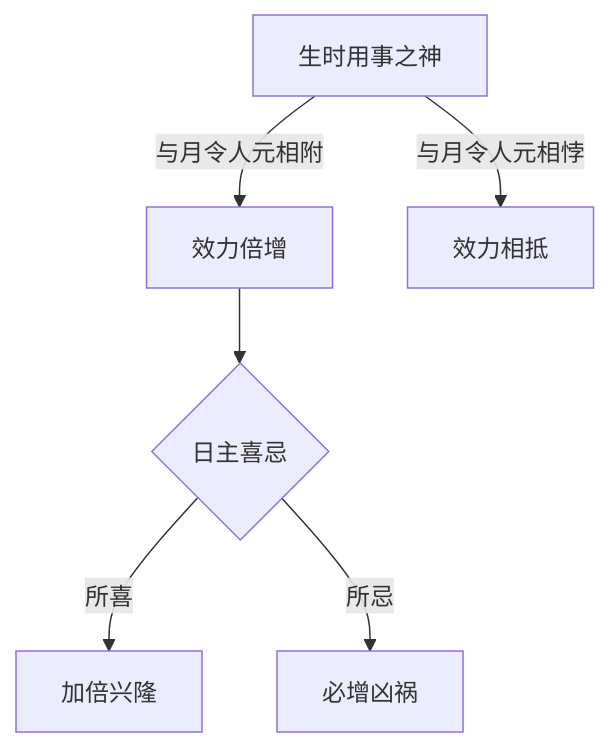
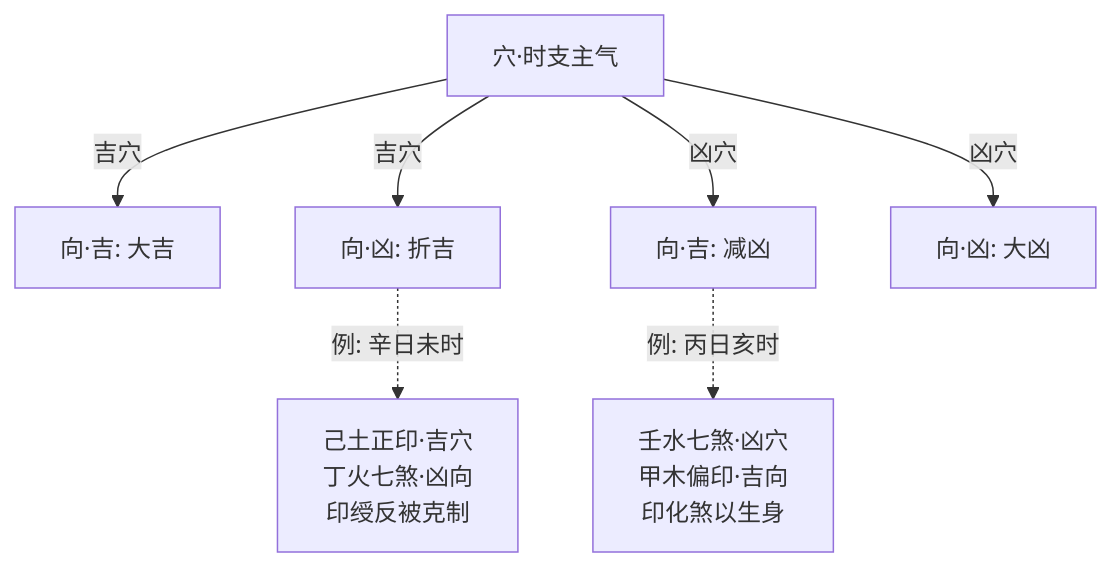
One commit to Banny-Gao/mingli-research changed the diagram in books/滴天髓阐微/articles/生时/interpretation.md. Above: the diagram before and after it, drawn with Mermaid. The commit also changed other lines of this file and 3 other files, not shown here.

````diff
--- a/books/滴天髓阐微/articles/生时/interpretation.md
+++ b/books/滴天髓阐微/articles/生时/interpretation.md
@@ -33,8 +47,9 @@
 ```mermaid
-flowchart TD
-    A[生时用事之神] -->|与月令人元相附| B[效力倍增]
-    A -->|与月令人元相悖| C[效力相抵]
-    B --> D{日主喜忌}
-    D -->|所喜| E[加倍兴隆]
-    D -->|所忌| F[必增凶祸]
+graph TD
+    A[穴·时支主气] -->|吉穴| B[向·吉: 大吉]
+    A -->|吉穴| C[向·凶: 折吉]
+    A -->|凶穴| D[向·吉: 减凶]
+    A -->|凶穴| E[向·凶: 大凶]
+    C -.->|例: 辛日未时| F[己土正印·吉穴<br>丁火七煞·凶向<br>印绶反被克制]
+    D -.->|例: 丙日亥时| G[壬水七煞·凶穴<br>甲木偏印·吉向<br>印化煞以生身]
 ```
````
